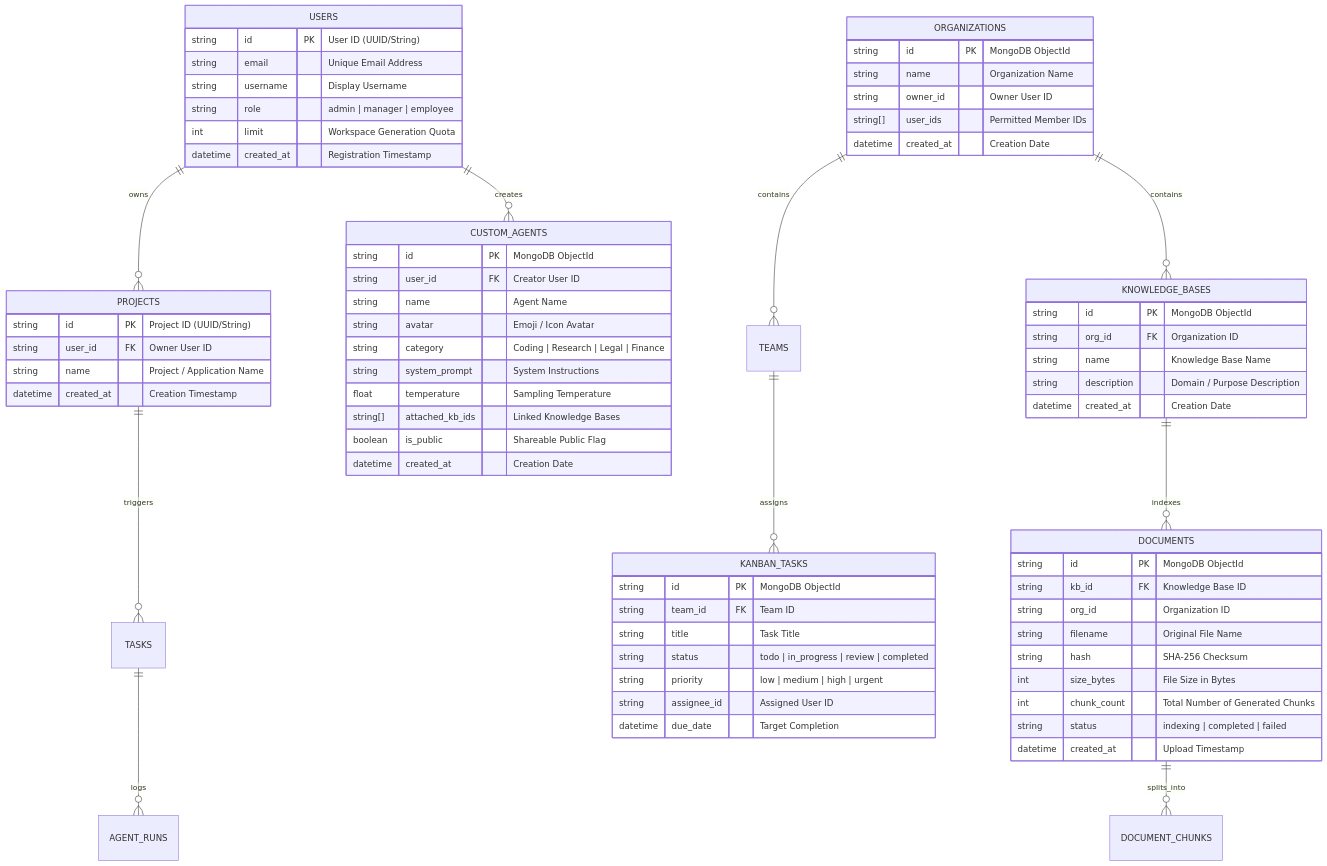
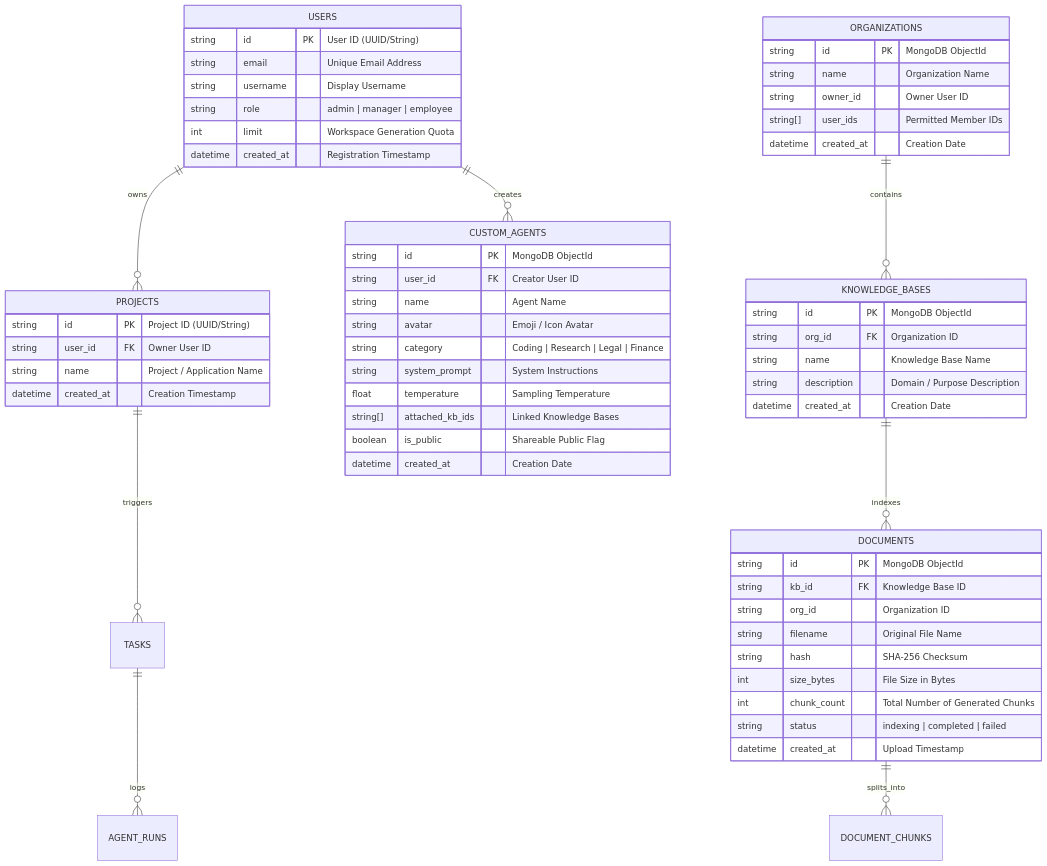
The second of 3 diagrams in README.md (Himanshuyadav37/AetheraAI), drawn with Mermaid before and after one commit. The commit also changed other lines of this file, not shown here.

````diff
--- a/README.md
+++ b/README.md
@@ -223,79 +180,61 @@
 ```mermaid
 erDiagram
-    USERS ||--o{ PROJECTS : owns
-    PROJECTS ||--o{ TASKS : triggers
-    TASKS ||--o{ AGENT_RUNS : logs
-    USERS ||--o{ CUSTOM_AGENTS : creates
-    ORGANIZATIONS ||--o{ TEAMS : contains
-    TEAMS ||--o{ KANBAN_TASKS : assigns
-    ORGANIZATIONS ||--o{ KNOWLEDGE_BASES : contains
-    KNOWLEDGE_BASES ||--o{ DOCUMENTS : indexes
-    DOCUMENTS ||--o{ DOCUMENT_CHUNKS : splits_into
-
-    USERS {
-        string id PK "User ID (UUID/String)"
-        string email "Unique Email Address"
-        string username "Display Username"
-        string role "admin | manager | employee"
-        int limit "Workspace Generation Quota"
-        datetime created_at "Registration Timestamp"
-    }
-
-    PROJECTS {
-        string id PK "Project ID (UUID/String)"
-        string user_id FK "Owner User ID"
-        string name "Project / Application Name"
-        datetime created_at "Creation Timestamp"
-    }
-
-    CUSTOM_AGENTS {
-        string id PK "MongoDB ObjectId"
-        string user_id FK "Creator User ID"
-        string name "Agent Name"
-        string avatar "Emoji / Icon Avatar"
-        string category "Coding | Research | Legal | Finance"
-        string system_prompt "System Instructions"
-        float temperature "Sampling Temperature"
-        string[] attached_kb_ids "Linked Knowledge Bases"
-        boolean is_public "Shareable Public Flag"
-        datetime created_at "Creation Date"
-    }
-
-    KANBAN_TASKS {
-        string id PK "MongoDB ObjectId"
-        string team_id FK "Team ID"
-        string title "Task Title"
-        string status "todo | in_progress | review | completed"
-        string priority "low | medium | high | urgent"
-        string assignee_id "Assigned User ID"
-        datetime due_date "Target Completion"
-    }
-
-    ORGANIZATIONS {
-        string id PK "MongoDB ObjectId"
-        string name "Organization Name"
-        string owner_id "Owner User ID"
-        string[] user_ids "Permitted Member IDs"
-        datetime created_at "Creation Date"
-    }
-
-    KNOWLEDGE_BASES {
-        string id PK "MongoDB ObjectId"
-        string org_id FK "Organization ID"
-        string name "Knowledge Base Name"
-        string description "Domain / Purpose Description"
-        datetime created_at "Creation Date"
-    }
-
-    DOCUMENTS {
-        string id PK "MongoDB ObjectId"
-        string kb_id FK "Knowledge Base ID"
-        string org_id "Organization ID"
-        string filename "Original File Name"
-        string hash "SHA-256 Checksum"
-        int size_bytes "File Size in Bytes"
-        int chunk_count "Total Number of Generated Chunks"
-        string status "indexing | completed | failed"
-        datetime created_at "Upload Timestamp"
-    }
+    USERS ||--o{ PROJECTS : owns
+    PROJECTS ||--o{ TASKS : triggers
+    TASKS ||--o{ AGENT_RUNS : logs
+    USERS ||--o{ CUSTOM_AGENTS : creates
+    ORGANIZATIONS ||--o{ KNOWLEDGE_BASES : contains
+    KNOWLEDGE_BASES ||--o{ DOCUMENTS : indexes
+    DOCUMENTS ||--o{ DOCUMENT_CHUNKS : splits_into
+    USERS {
+        string id PK "User ID (UUID/String)"
+        string email "Unique Email Address"
+        string username "Display Username"
+        string role "admin | manager | employee"
+        int limit "Workspace Generation Quota"
+        datetime created_at "Registration Timestamp"
+    }
+    PROJECTS {
+        string id PK "Project ID (UUID/String)"
+        string user_id FK "Owner User ID"
+        string name "Project / Application Name"
+        datetime created_at "Creation Timestamp"
+    }
+    CUSTOM_AGENTS {
+        string id PK "MongoDB ObjectId"
+        string user_id FK "Creator User ID"
+        string name "Agent Name"
+        string avatar "Emoji / Icon Avatar"
+        string category "Coding | Research | Legal | Finance"
+        string system_prompt "System Instructions"
+        float temperature "Sampling Temperature"
+        string[] attached_kb_ids "Linked Knowledge Bases"
+        boolean is_public "Shareable Public Flag"
+        datetime created_at "Creation Date"
+    }
+    ORGANIZATIONS {
+        string id PK "MongoDB ObjectId"
+        string name "Organization Name"
+        string owner_id "Owner User ID"
+        string[] user_ids "Permitted Member IDs"
+        datetime created_at "Creation Date"
+    }
+    KNOWLEDGE_BASES {
+        string id PK "MongoDB ObjectId"
+        string org_id FK "Organization ID"
+        string name "Knowledge Base Name"
+        string description "Domain / Purpose Description"
+        datetime created_at "Creation Date"
+    }
+    DOCUMENTS {
+        string id PK "MongoDB ObjectId"
+        string kb_id FK "Knowledge Base ID"
+        string org_id "Organization ID"
+        string filename "Original File Name"
+        string hash "SHA-256 Checksum"
+        int size_bytes "File Size in Bytes"
+        int chunk_count "Total Number of Generated Chunks"
+        string status "indexing | completed | failed"
+        datetime created_at "Upload Timestamp"
+    }
 ```
````
